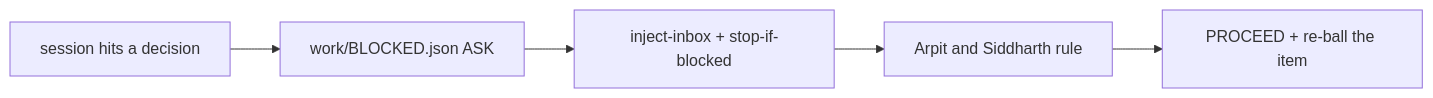
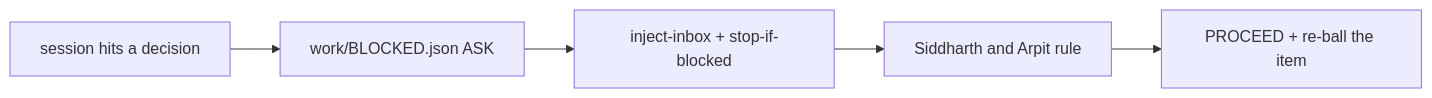
One commit to arpitarya/pdf-testing-suite changed the diagram in records/0056_WORK-blockers.md. Above: the diagram before and after it, drawn with Mermaid. The commit also changed other lines of this file and 15 other files, not shown here.

First line of the commit message:
work system: decider order is Siddharth and Arpit

````diff
--- a/records/0056_WORK-blockers.md
+++ b/records/0056_WORK-blockers.md
@@ -27,7 +27,7 @@
 ```mermaid
 flowchart LR
     S["session hits a decision"] --> B["work/BLOCKED.json ASK"]
     B --> H["inject-inbox + stop-if-blocked"]
-    H --> D["Arpit and Siddharth rule"]
+    H --> D["Siddharth and Arpit rule"]
     D --> P["PROCEED + re-ball the item"]
 ```
````
